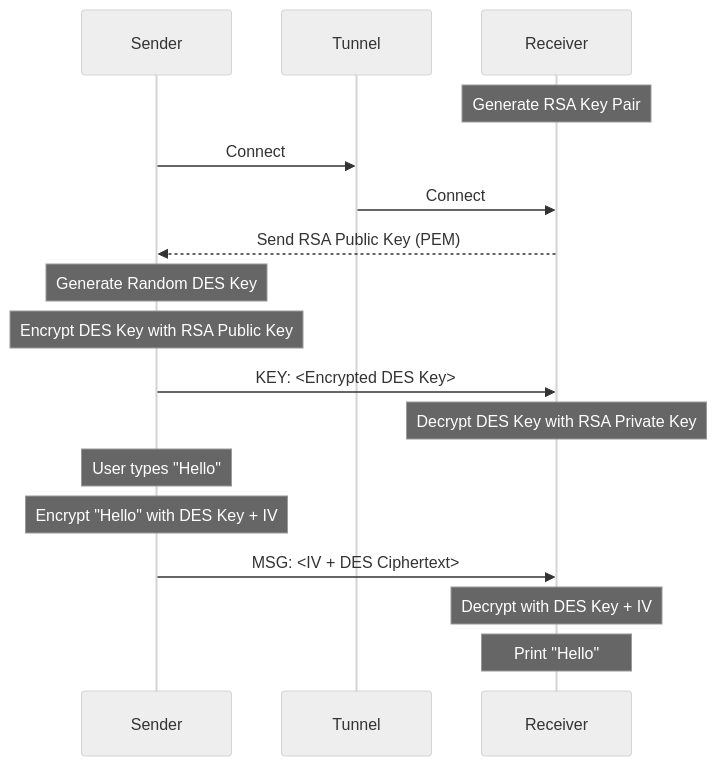
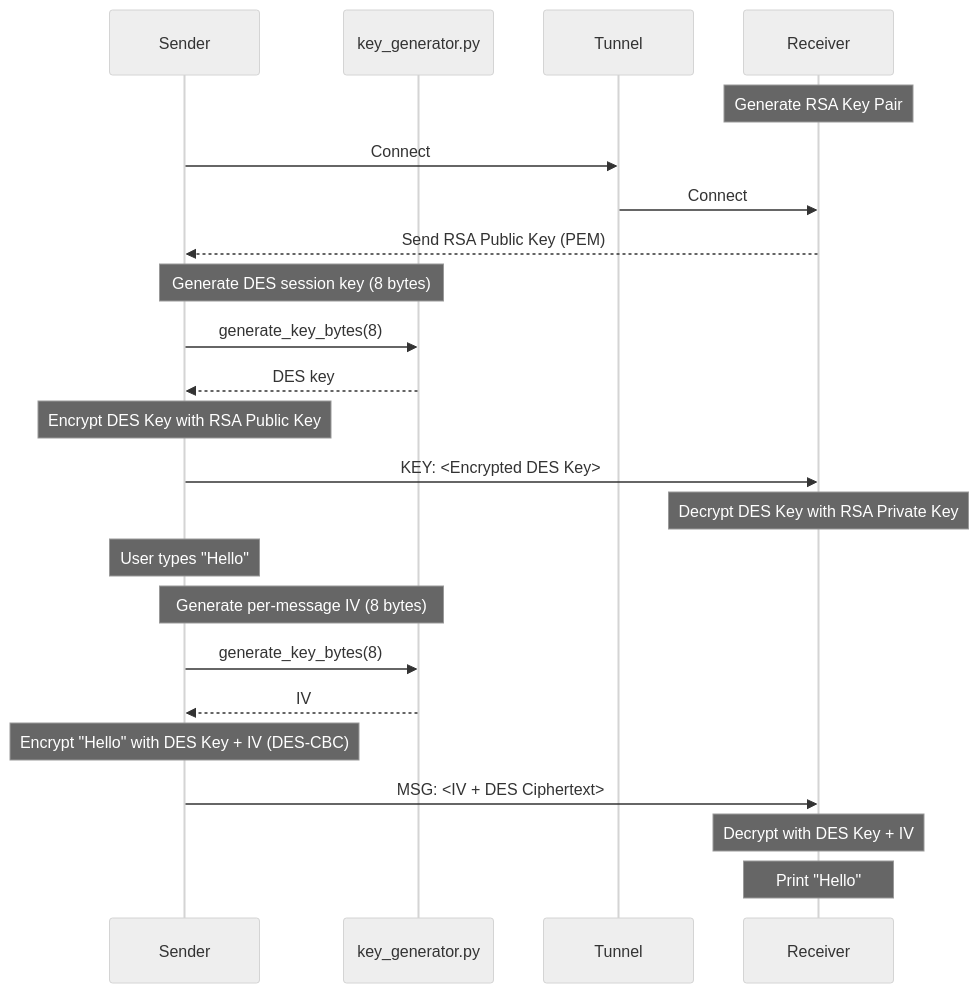
The diagram in secureTunnel/SECURE_CONNECTION_FLOW.md (mhmadkadoor/MHD-BSG), drawn with Mermaid (neutral theme) before and after one commit. The commit also changed other lines of this file and 3 other files, not shown here.

First line of the commit message:
Implement key generation using Collatz parity in key_generator.py

````diff
--- a/secureTunnel/SECURE_CONNECTION_FLOW.md
+++ b/secureTunnel/SECURE_CONNECTION_FLOW.md
@@ -53,22 +60,28 @@
 ```mermaid
 sequenceDiagram
     participant Sender
+    participant KeyGen as key_generator.py
     participant Tunnel
     participant Receiver
 
     Note over Receiver: Generate RSA Key Pair
     Sender->>Tunnel: Connect
     Tunnel->>Receiver: Connect
     Receiver-->>Sender: Send RSA Public Key (PEM)
     
-    Note over Sender: Generate Random DES Key
+    Note over Sender,KeyGen: Generate DES session key (8 bytes)
+    Sender->>KeyGen: generate_key_bytes(8)
+    KeyGen-->>Sender: DES key
     Note over Sender: Encrypt DES Key with RSA Public Key
     Sender->>Receiver: KEY: <Encrypted DES Key>
     Note over Receiver: Decrypt DES Key with RSA Private Key
     
     Note over Sender: User types "Hello"
-    Note over Sender: Encrypt "Hello" with DES Key + IV
+    Note over Sender,KeyGen: Generate per-message IV (8 bytes)
+    Sender->>KeyGen: generate_key_bytes(8)
+    KeyGen-->>Sender: IV
+    Note over Sender: Encrypt "Hello" with DES Key + IV (DES-CBC)
     Sender->>Receiver: MSG: <IV + DES Ciphertext>
     Note over Receiver: Decrypt with DES Key + IV
     Note over Receiver: Print "Hello"
 ```
````
